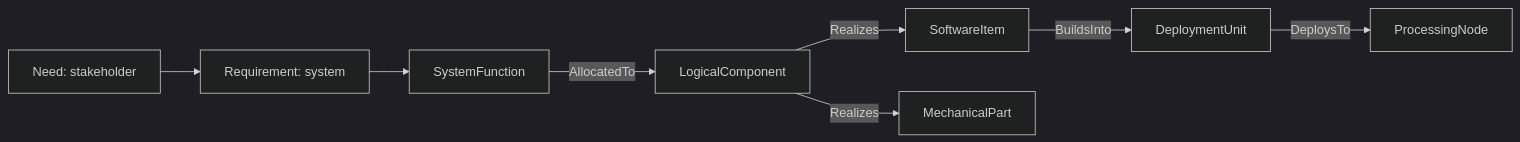
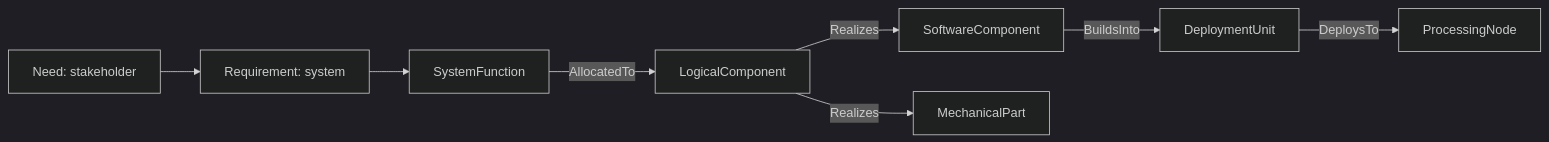
Before and after one commit to memoarchitect/memo: the diagram in docs/layers/requirements-architecture.md, drawn with Mermaid (dark theme). The commit also changed other lines of this file and 66 other files, not shown here.

````diff
--- a/docs/layers/requirements-architecture.md
+++ b/docs/layers/requirements-architecture.md
@@ -66,10 +66,10 @@
 ```mermaid
 flowchart LR
     Need[Need: stakeholder] --> Req[Requirement: system]
     Req --> Function[SystemFunction]
     Function -->|AllocatedTo| Logical[LogicalComponent]
-    Logical -->|Realizes| Module[SoftwareItem]
+    Logical -->|Realizes| Module[SoftwareComponent]
     Module -->|BuildsInto| Unit[DeploymentUnit]
     Unit -->|DeploysTo| Node[ProcessingNode]
     Logical -->|Realizes| Mech[MechanicalPart]
 ```
````
